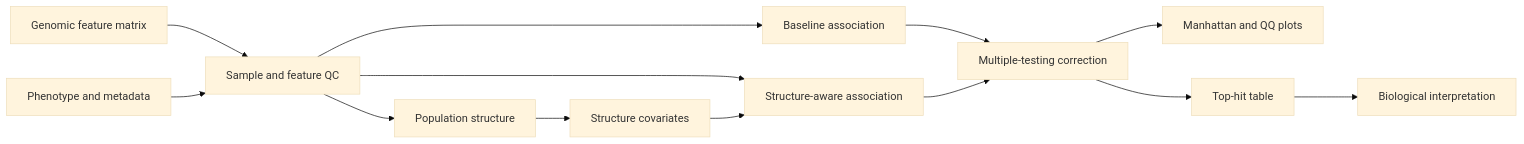
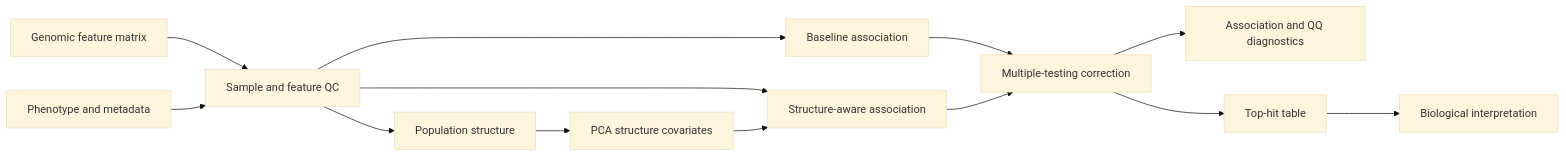
The diagram in README.md (mbilal-OU/PanGWASFlow), drawn with Mermaid (base theme) before and after one commit. The commit also changed other lines of this file, not shown here.

First line of the commit message:
Show validated structure-aware GWAS results in README

````diff
--- a/README.md
+++ b/README.md
@@ -18,15 +49,15 @@
 ```mermaid
 flowchart LR
     A[Genomic feature matrix] --> B[Sample and feature QC]
     C[Phenotype and metadata] --> B
     B --> D[Population structure]
-    D --> E[Structure covariates]
+    D --> E[PCA structure covariates]
     B --> F[Baseline association]
     B --> G[Structure-aware association]
     E --> G
     F --> H[Multiple-testing correction]
     G --> H
-    H --> I[Manhattan and QQ plots]
+    H --> I[Association and QQ diagnostics]
     H --> J[Top-hit table]
     J --> K[Biological interpretation]
 ```
````
